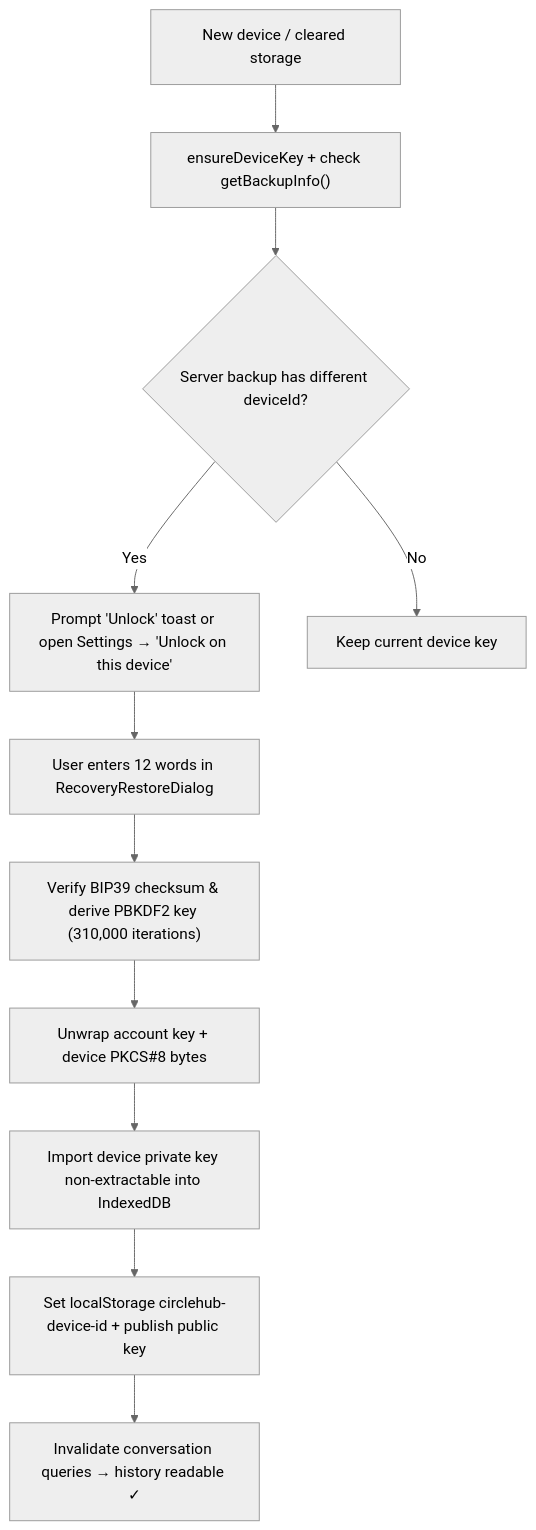
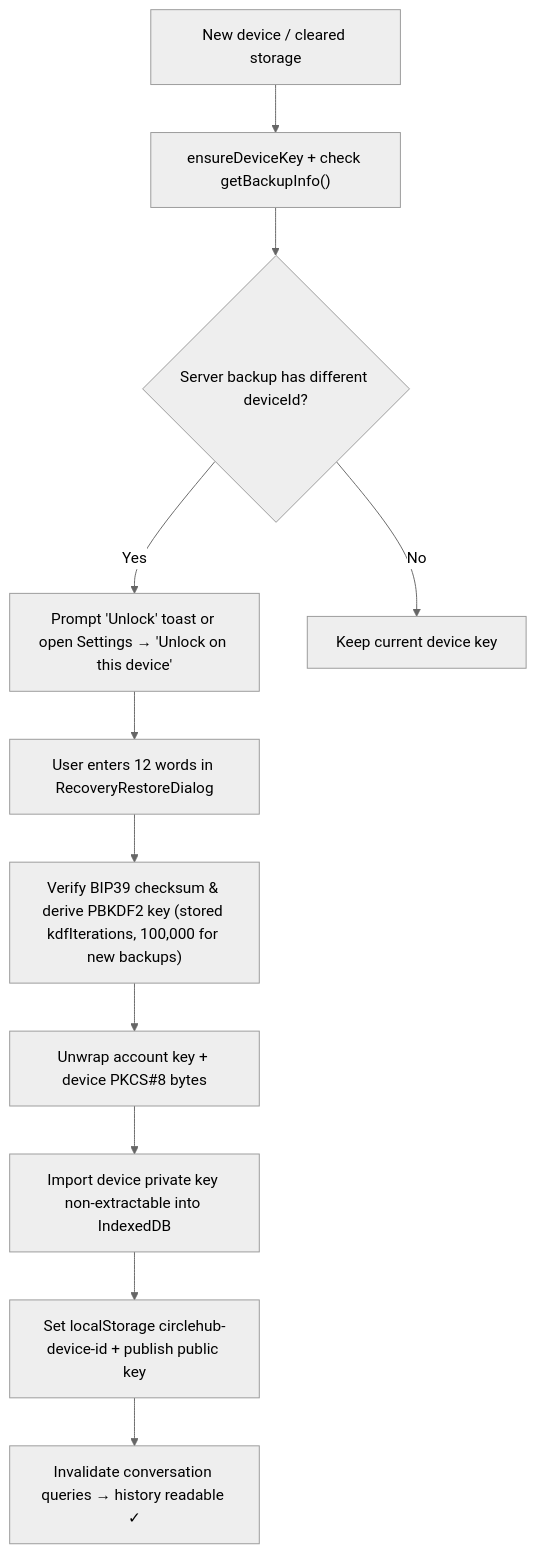
Before and after one commit to nasrelshamekh/CircleHub: the second of 2 diagrams in docs/steps-plan.md, drawn with Mermaid (neutral theme). The commit also changed 6 other files, not shown here.

````diff
--- a/docs/steps-plan.md
+++ b/docs/steps-plan.md
@@ -67,13 +67,13 @@
 ```mermaid
 flowchart TD
     A["New device / cleared storage"] --> B["ensureDeviceKey + check getBackupInfo()"]
     B --> C{"Server backup has different deviceId?"}
     C -->|Yes| D["Prompt 'Unlock' toast or open Settings → 'Unlock on this device'"]
     C -->|No| E["Keep current device key"]
     D --> F["User enters 12 words in RecoveryRestoreDialog"]
-    F --> G["Verify BIP39 checksum & derive PBKDF2 key (310,000 iterations)"]
+    F --> G["Verify BIP39 checksum & derive PBKDF2 key (stored kdfIterations, 100,000 for new backups)"]
     G --> H["Unwrap account key + device PKCS#8 bytes"]
     H --> I["Import device private key non-extractable into IndexedDB"]
     I --> J["Set localStorage circlehub-device-id + publish public key"]
     J --> K["Invalidate conversation queries → history readable ✓"]
 ```
````
